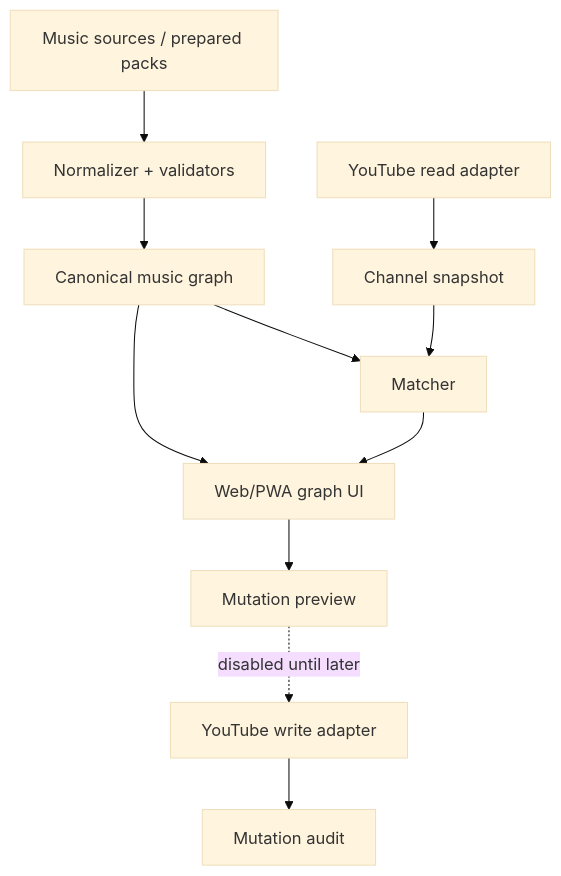
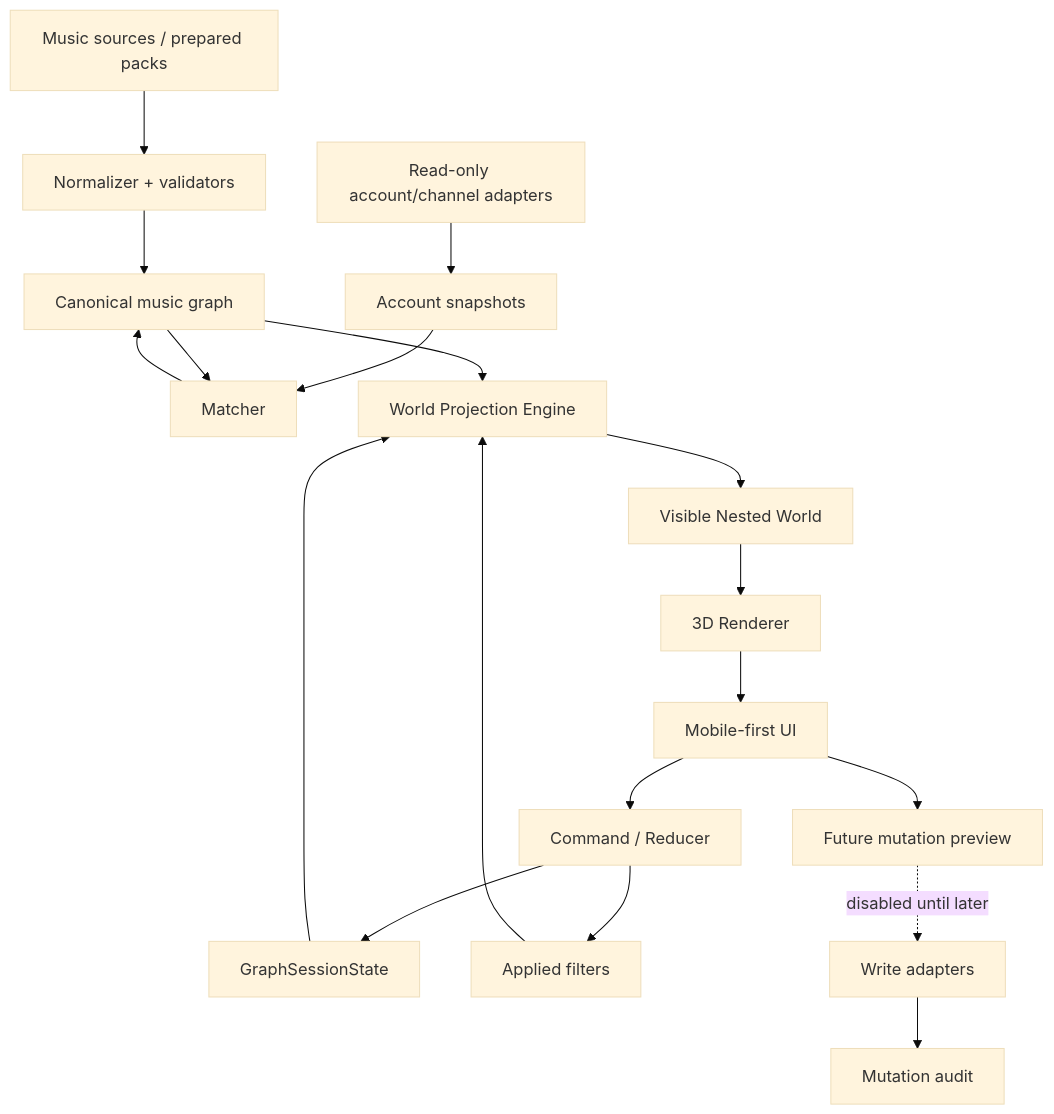
Before and after one commit to faric-ua/faric-music-graph: the diagram in docs/architecture.md, drawn with Mermaid (base theme). The commit also changed other lines of this file and 27 other files, not shown here.

````diff
--- a/docs/architecture.md
+++ b/docs/architecture.md
@@ -3,13 +7,26 @@
 ```mermaid
 flowchart TB
-  S[Music sources / prepared packs] --> N[Normalizer + validators]
-  N --> G[Canonical music graph]
-  G --> V[Web/PWA graph UI]
-  YR[YouTube read adapter] --> C[Channel snapshot]
-  C --> M[Matcher]
-  G --> M
-  M --> V
-  V --> P[Mutation preview]
-  P -. disabled until later .-> YW[YouTube write adapter]
-  YW --> A[Mutation audit]
+  SRC[Music sources / prepared packs] --> N[Normalizer + validators]
+  N --> CG[Canonical music graph]
+
+  ACC[Read-only account/channel adapters] --> SNAP[Account snapshots]
+  SNAP --> MATCH[Matcher]
+  CG --> MATCH
+  MATCH --> CG
+
+  CG --> PROJ[World Projection Engine]
+  NAV[GraphSessionState] --> PROJ
+  FIL[Applied filters] --> PROJ
+
+  PROJ --> WORLD[Visible Nested World]
+  WORLD --> R[3D Renderer]
+  R --> UI[Mobile-first UI]
+
+  UI --> CMD[Command / Reducer]
+  CMD --> NAV
+  CMD --> FIL
+
+  UI --> PRE[Future mutation preview]
+  PRE -. disabled until later .-> WR[Write adapters]
+  WR --> AUDIT[Mutation audit]
 ```
````
